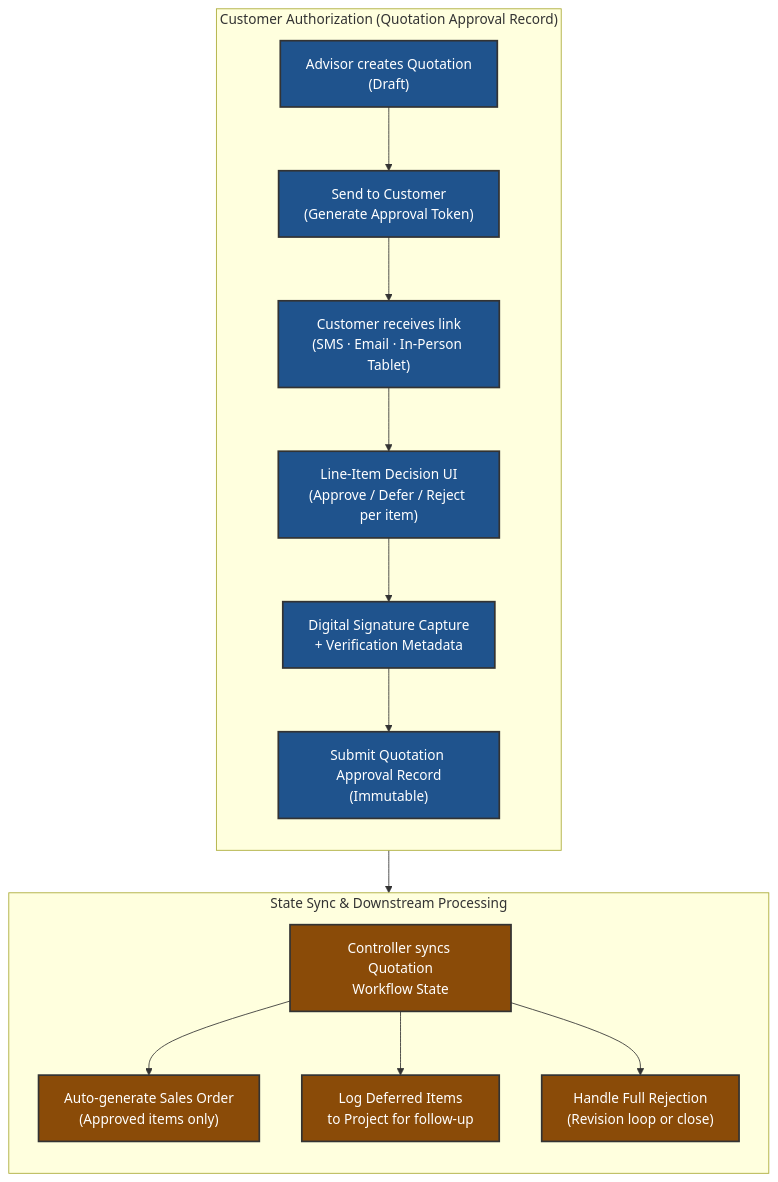
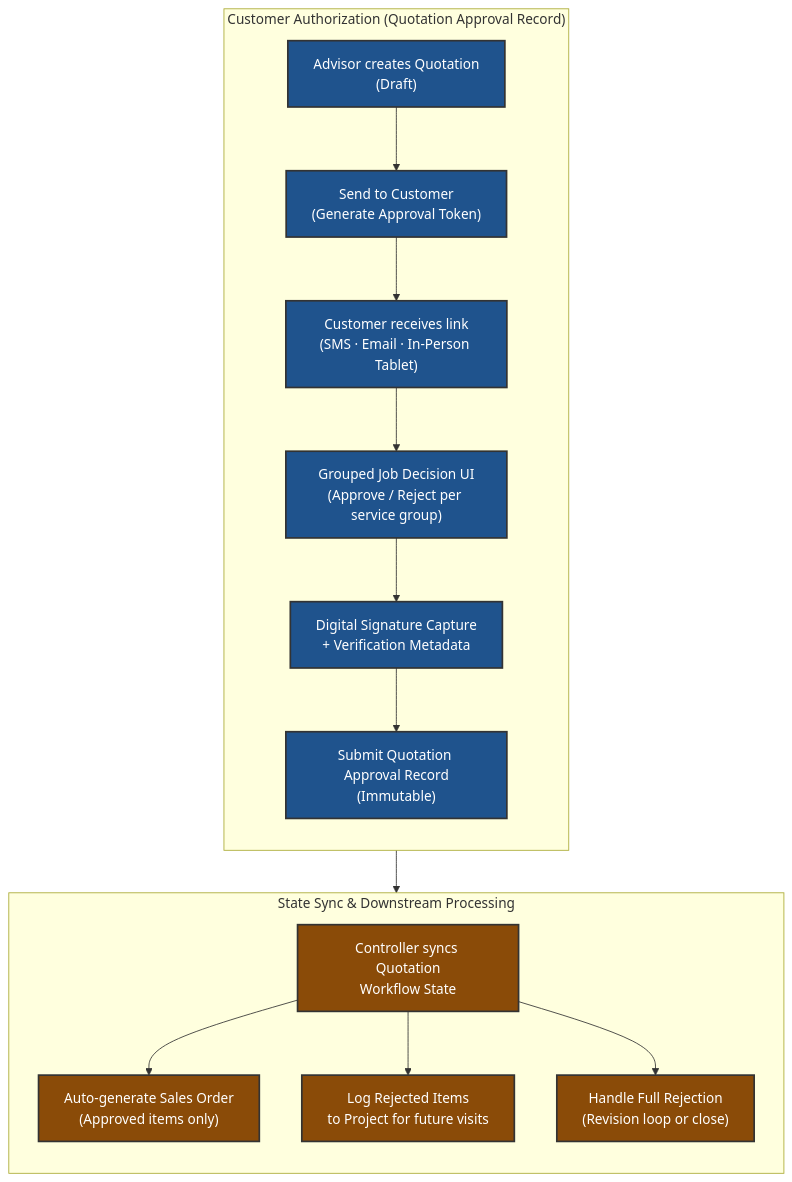
The first of 6 diagrams in docs/development/quotation-approval-system-spec.md (patricklai3/induct_shop), drawn with Mermaid before and after one commit. The commit also changed other lines of this file and 2 other files, not shown here.

````diff
--- a/docs/development/quotation-approval-system-spec.md
+++ b/docs/development/quotation-approval-system-spec.md
@@ -28,25 +28,25 @@
 ```mermaid
 flowchart TD
     subgraph S1["Customer Authorization (Quotation Approval Record)"]
         direction TB
         A["Advisor creates Quotation\n(Draft)"] --> F["Send to Customer\n(Generate Approval Token)"]
         F --> G["Customer receives link\n(SMS · Email · In-Person Tablet)"]
-        G --> H["Line-Item Decision UI\n(Approve / Defer / Reject per item)"]
+        G --> H["Grouped Job Decision UI\n(Approve / Reject per service group)"]
         H --> I["Digital Signature Capture\n+ Verification Metadata"]
         I --> J["Submit Quotation Approval Record\n(Immutable)"]
     end
 
     subgraph S2["State Sync & Downstream Processing"]
         direction TB
         J --> K["Controller syncs Quotation\nWorkflow State"]
         K --> L["Auto-generate Sales Order\n(Approved items only)"]
-        K --> M["Log Deferred Items\nto Project for follow-up"]
+        K --> M["Log Rejected Items\nto Project for future visits"]
         K --> N["Handle Full Rejection\n(Revision loop or close)"]
     end
 
     classDef stage1 fill:#1f538d,stroke:#333,stroke-width:2px,color:#fff;
     classDef stage2 fill:#8a4b08,stroke:#333,stroke-width:2px,color:#fff;
 
     class A,F,G,H,I,J stage1;
     class K,L,M,N stage2;
 ```
````
